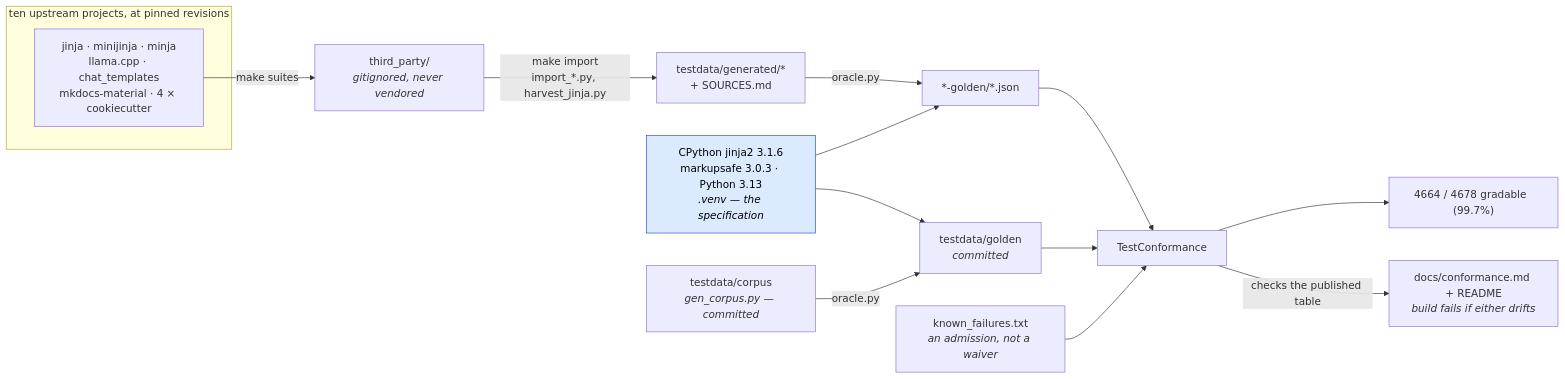
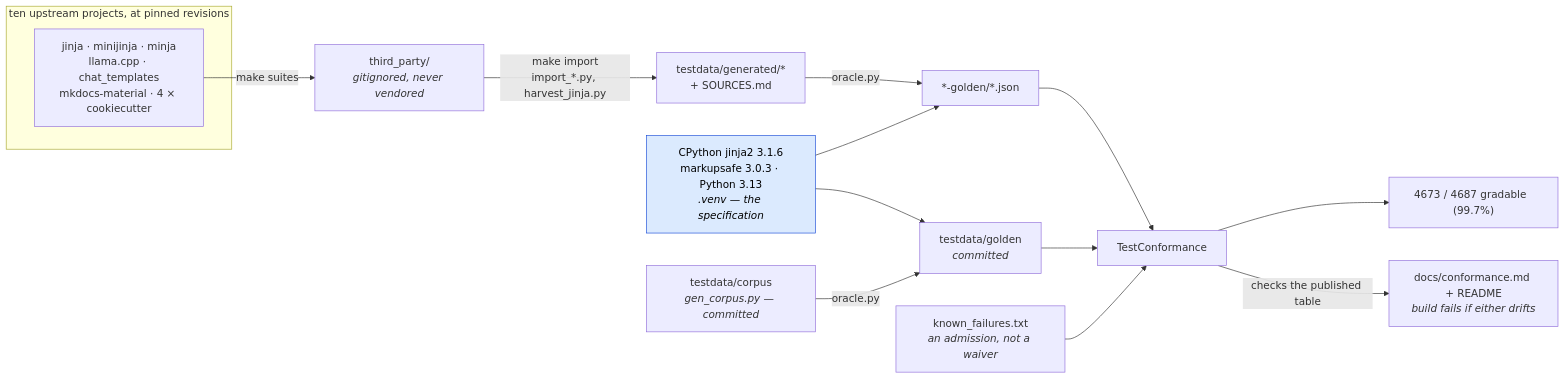
The first of 2 diagrams in docs/conformance.md (mgilbir/gojja2), drawn with Mermaid before and after one commit. The commit also changed other lines of this file and 34 other files, not shown here.

````diff
--- a/docs/conformance.md
+++ b/docs/conformance.md
@@ -17,24 +17,24 @@
 ```mermaid
 flowchart LR
     subgraph up["ten upstream projects, at pinned revisions"]
         U1["jinja · minijinja · minja<br/>llama.cpp · chat_templates<br/>mkdocs-material · 4 × cookiecutter"]
     end
     U1 -->|"make suites"| TP["third_party/<br/><i>gitignored, never vendored</i>"]
     TP -->|"make import<br/>import_*.py, harvest_jinja.py"| GEN["testdata/generated/*<br/>+ SOURCES.md"]
 
     ORA["CPython jinja2 3.1.6<br/>markupsafe 3.0.3 · Python 3.13<br/><i>.venv — the specification</i>"]
     GEN -->|"oracle.py"| G2["*-golden/*.json"]
     ORA --> G2
 
     OWN["testdata/corpus<br/><i>gen_corpus.py — committed</i>"] -->|"oracle.py"| G1["testdata/golden<br/><i>committed</i>"]
     ORA --> G1
 
     G1 --> TC["TestConformance"]
     G2 --> TC
     KF["known_failures.txt<br/><i>an admission, not a waiver</i>"] --> TC
-    TC --> RATE["4664 / 4678 gradable  (99.7%)"]
+    TC --> RATE["4673 / 4687 gradable  (99.7%)"]
     TC -->|"checks the published table"| RM["docs/conformance.md + README<br/><i>build fails if either drifts</i>"]
 
     classDef spec fill:#dbeafe,stroke:#1d4ed8,color:#000
     class ORA spec
 ```
````
